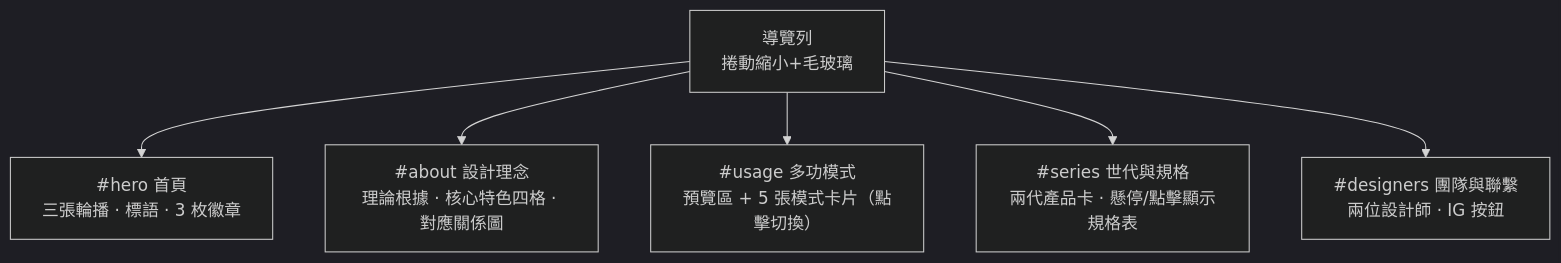
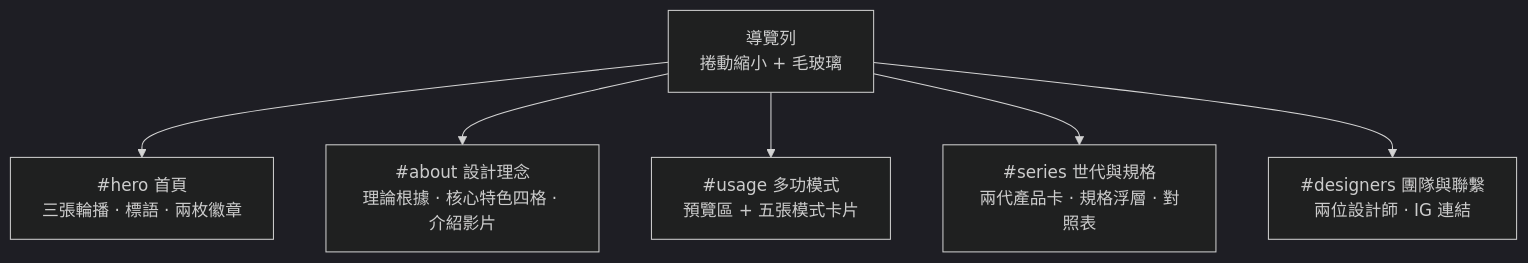
One commit to ziqing-hub/PaintingChair changed the first of 2 diagrams in README.md. Above: the diagram before and after it, drawn with Mermaid (dark theme). The commit also changed other lines of this file and 13 other files, not shown here.

````diff
--- a/README.md
+++ b/README.md
@@ -35,8 +48,8 @@
 ```mermaid
 graph TD
-    NAV[導覽列<br>捲動縮小+毛玻璃] --> HERO["#hero 首頁<br>三張輪播 · 標語 · 3 枚徽章"]
-    NAV --> ABOUT["#about 設計理念<br>理論根據 · 核心特色四格 · 對應關係圖"]
-    NAV --> USAGE["#usage 多功模式<br>預覽區 + 5 張模式卡片（點擊切換）"]
-    NAV --> SERIES["#series 世代與規格<br>兩代產品卡 · 懸停/點擊顯示規格表"]
-    NAV --> TEAM["#designers 團隊與聯繫<br>兩位設計師 · IG 按鈕"]
+    NAV[導覽列<br>捲動縮小 + 毛玻璃] --> HERO["#hero 首頁<br>三張輪播 · 標語 · 兩枚徽章"]
+    NAV --> ABOUT["#about 設計理念<br>理論根據 · 核心特色四格 · 介紹影片"]
+    NAV --> USAGE["#usage 多功模式<br>預覽區 + 五張模式卡片"]
+    NAV --> SERIES["#series 世代與規格<br>兩代產品卡 · 規格浮層 · 對照表"]
+    NAV --> TEAM["#designers 團隊與聯繫<br>兩位設計師 · IG 連結"]
 ```
````
